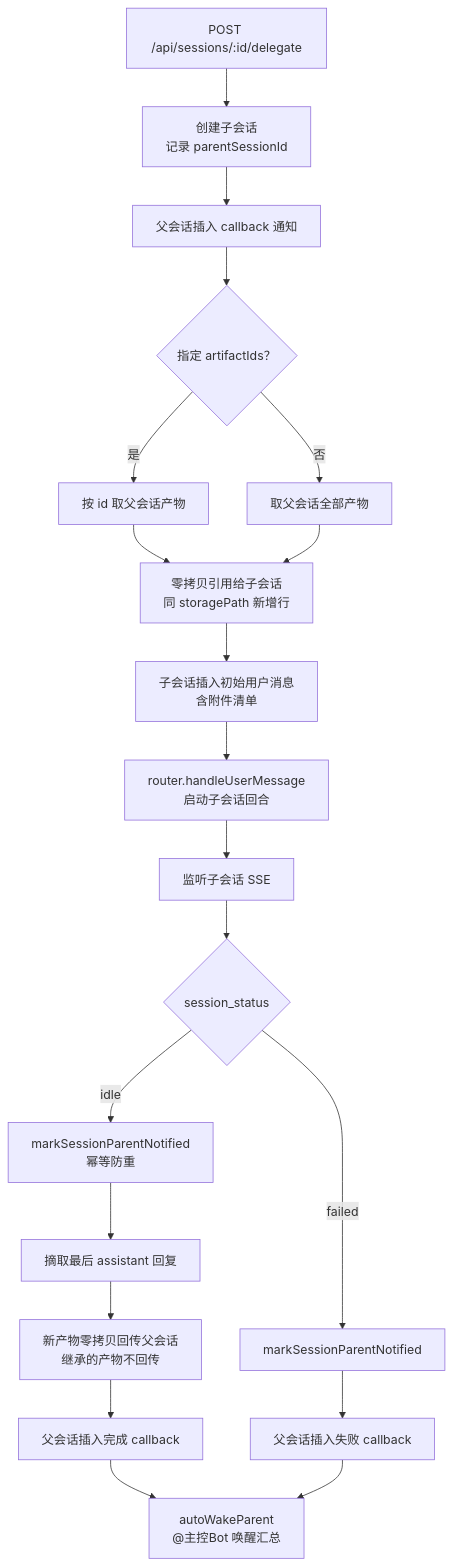
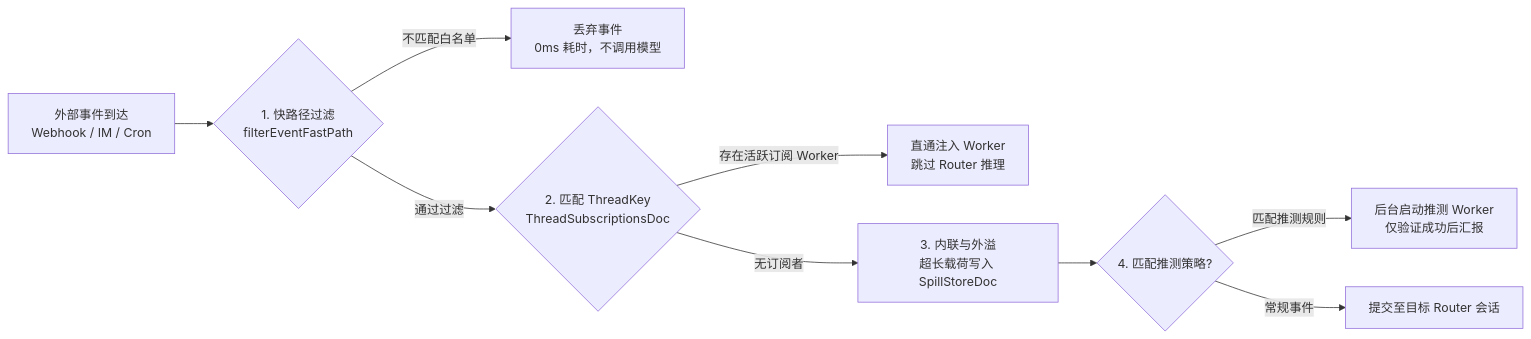
Before and after one commit to team4u/botd: the fifth of 6 diagrams in docs/architecture.md, drawn with Mermaid. The commit also changed other lines of this file and 3 other files, not shown here.

````diff
--- a/docs/architecture.md
+++ b/docs/architecture.md
@@ -249,22 +299,11 @@
 ```mermaid
-flowchart TB
-    A["POST /api/sessions/:id/delegate"] --> B["创建子会话<br/>记录 parentSessionId"]
-    B --> C["父会话插入 callback 通知"]
-    C --> D{"指定 artifactIds？"}
-    D -->|是| E["按 id 取父会话产物"]
-    D -->|否| F["取父会话全部产物"]
-    E --> G["零拷贝引用给子会话<br/>同 storagePath 新增行"]
-    F --> G
-    G --> H["子会话插入初始用户消息<br/>含附件清单"]
-    H --> I["router.handleUserMessage<br/>启动子会话回合"]
-    I --> J["监听子会话 SSE"]
-    J --> K{"session_status"}
-    K -->|idle| L["markSessionParentNotified<br/>幂等防重"]
-    K -->|failed| M["markSessionParentNotified"]
-    L --> N["摘取最后 assistant 回复"]
-    N --> O["新产物零拷贝回传父会话<br/>继承的产物不回传"]
-    O --> P["父会话插入完成 callback"]
-    P --> Q["autoWakeParent<br/>@主控Bot 唤醒汇总"]
-    M --> R["父会话插入失败 callback"]
-    R --> Q
+flowchart LR
+    E["外部事件到达<br/>Webhook / IM / Cron"] --> F{"1. 快路径过滤<br/>filterEventFastPath"}
+    F -->|"不匹配白名单"| Drop["丢弃事件<br/>0ms 耗时，不调用模型"]
+    F -->|"通过过滤"| T{"2. 匹配 ThreadKey<br/>ThreadSubscriptionsDoc"}
+    T -->|"存在活跃订阅 Worker"| Pass["直通注入 Worker<br/>跳过 Router 推理"]
+    T -->|"无订阅者"| S["3. 内联与外溢<br/>超长载荷写入 SpillStoreDoc"]
+    S --> Spec{"4. 匹配推测策略?"}
+    Spec -->|"匹配推测规则"| SW["后台启动推测 Worker<br/>仅验证成功后汇报"]
+    Spec -->|"常规事件"| R["提交至目标 Router 会话"]
 ```
````
